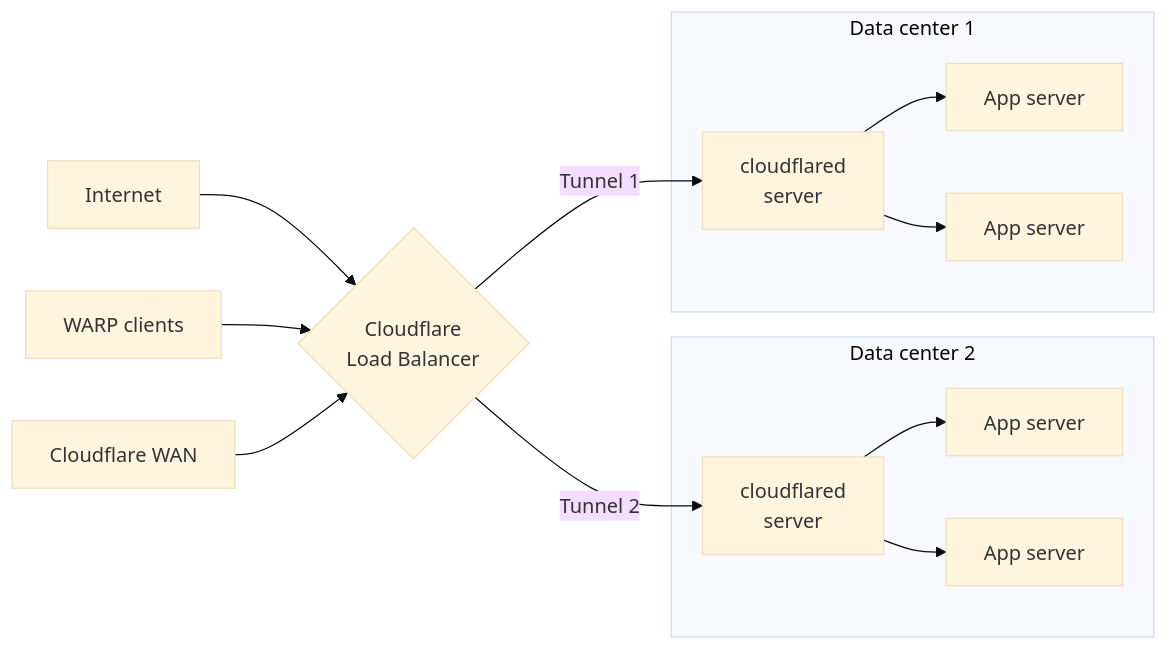
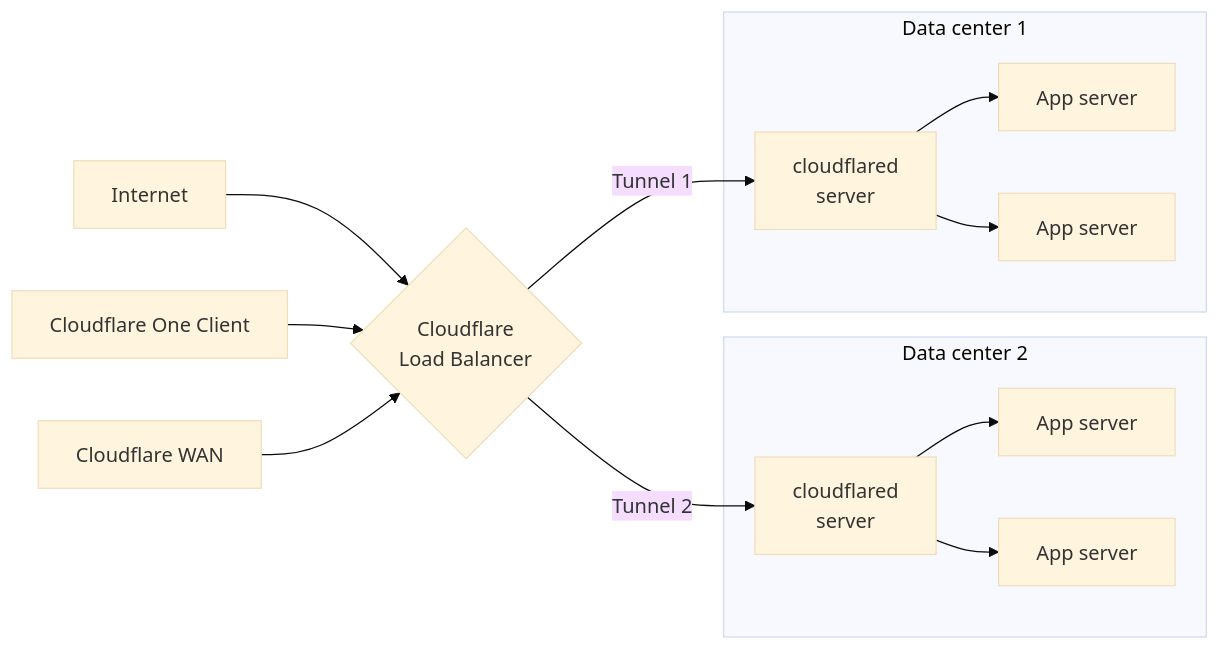
One commit to rdhanarot/cloudflare-docs changed the diagram in src/content/docs/cloudflare-one/networks/connectors/cloudflare-tunnel/configure-tunnels/tunnel-availability/index.mdx. Above: the diagram before and after it, drawn with Mermaid (base theme). The commit also changed other lines of this file and 22 other files, not shown here.

First line of the commit message:
[ZT] WARP Client --> Cloudflare One Client image audit (#29104)

````diff
--- a/src/content/docs/cloudflare-one/networks/connectors/cloudflare-tunnel/configure-tunnels/tunnel-availability/index.mdx
+++ b/src/content/docs/cloudflare-one/networks/connectors/cloudflare-tunnel/configure-tunnels/tunnel-availability/index.mdx
@@ -34,24 +37,24 @@
 ```mermaid
 graph LR
     accTitle: Load balancing traffic to applications behind Cloudflare Tunnel
 
     A[Internet] --> C{Cloudflare <br> Load Balancer}
-    B[WARP clients] --> C
+    B[Cloudflare One Client] --> C
     M[Cloudflare WAN] --> C
     C -- Tunnel 1 --> cf1
     C -- Tunnel 2 --> cf2
     subgraph F[Data center 2]
         cf2[cloudflared <br> server]
         S3[App server]
         S4[App server]
         cf2-->S3
         cf2-->S4
     end
     subgraph E[Data center 1]
         cf1[cloudflared <br> server]
         S1[App server]
         S2[App server]
         cf1-->S1
         cf1-->S2
     end
 ```
````
